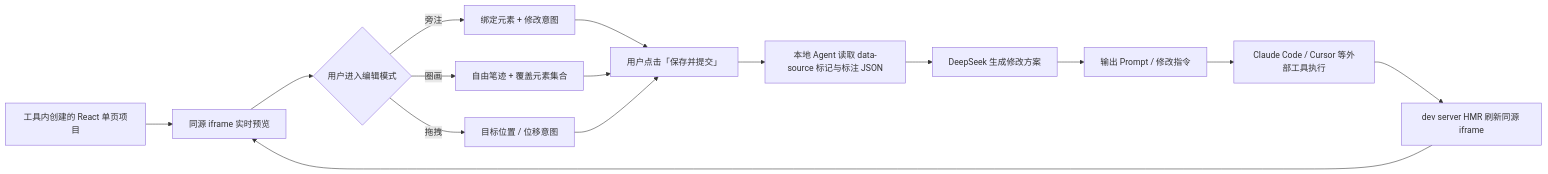
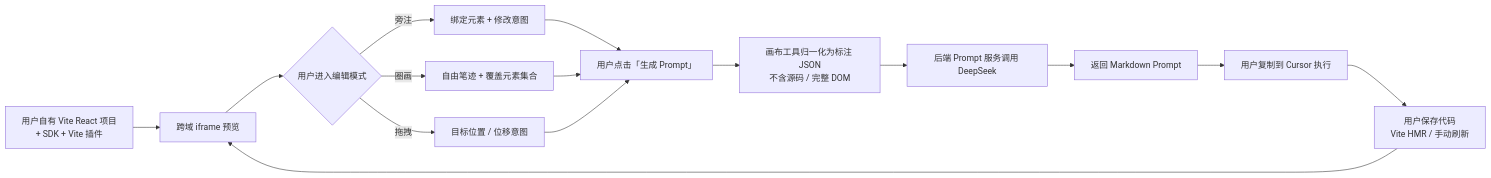
Before and after one commit to Cai199999/vibe-app: the diagram in docs/memory/00_project_brief.md, drawn with Mermaid. The commit also changed other lines of this file and 4 other files, not shown here.

````diff
--- a/docs/memory/00_project_brief.md
+++ b/docs/memory/00_project_brief.md
@@ -40,17 +57,17 @@
 ```mermaid
 flowchart LR
-    A["工具内创建的 React 单页项目"] --> B["同源 iframe 实时预览"]
+    A["用户自有 Vite React 项目<br/>+ SDK + Vite 插件"] --> B["跨域 iframe 预览"]
     B --> C{"用户进入编辑模式"}
     C -->|旁注| D["绑定元素 + 修改意图"]
     C -->|圈画| E["自由笔迹 + 覆盖元素集合"]
     C -->|拖拽| F["目标位置 / 位移意图"]
-    D --> G["用户点击「保存并提交」"]
+    D --> G["用户点击「生成 Prompt」"]
     E --> G
     F --> G
-    G --> H["本地 Agent 读取 data-source 标记与标注 JSON"]
-    H --> I["DeepSeek 生成修改方案"]
-    I --> J["输出 Prompt / 修改指令"]
-    J --> K["Claude Code / Cursor 等外部工具执行"]
-    K --> L["dev server HMR 刷新同源 iframe"]
+    G --> H["画布工具归一化为标注 JSON<br/>不含源码 / 完整 DOM"]
+    H --> I["后端 Prompt 服务调用 DeepSeek"]
+    I --> J["返回 Markdown Prompt"]
+    J --> K["用户复制到 Cursor 执行"]
+    K --> L["用户保存代码<br/>Vite HMR / 手动刷新"]
     L --> B
 ```
````
